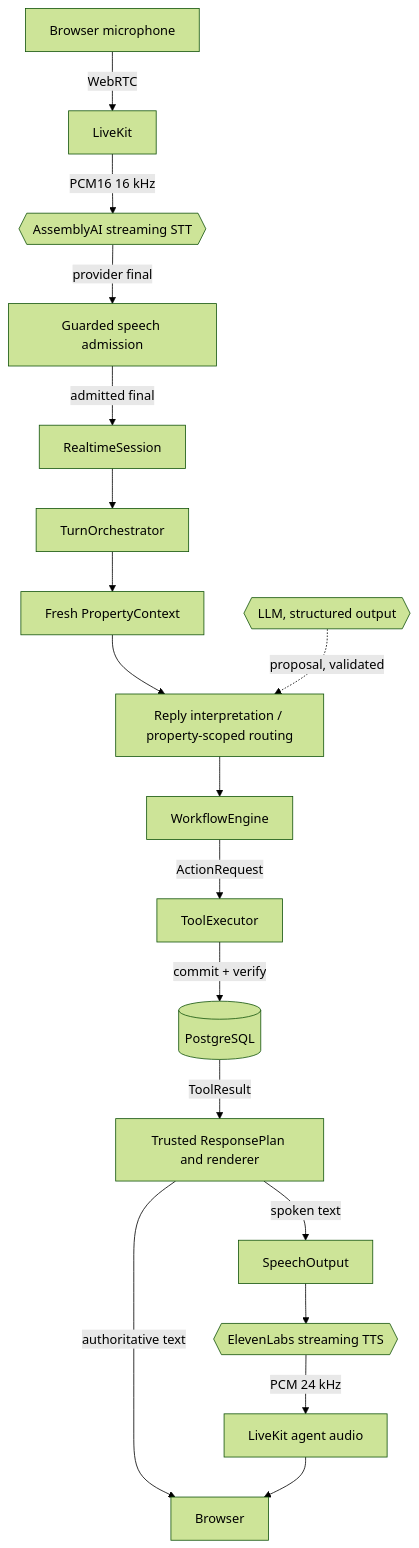
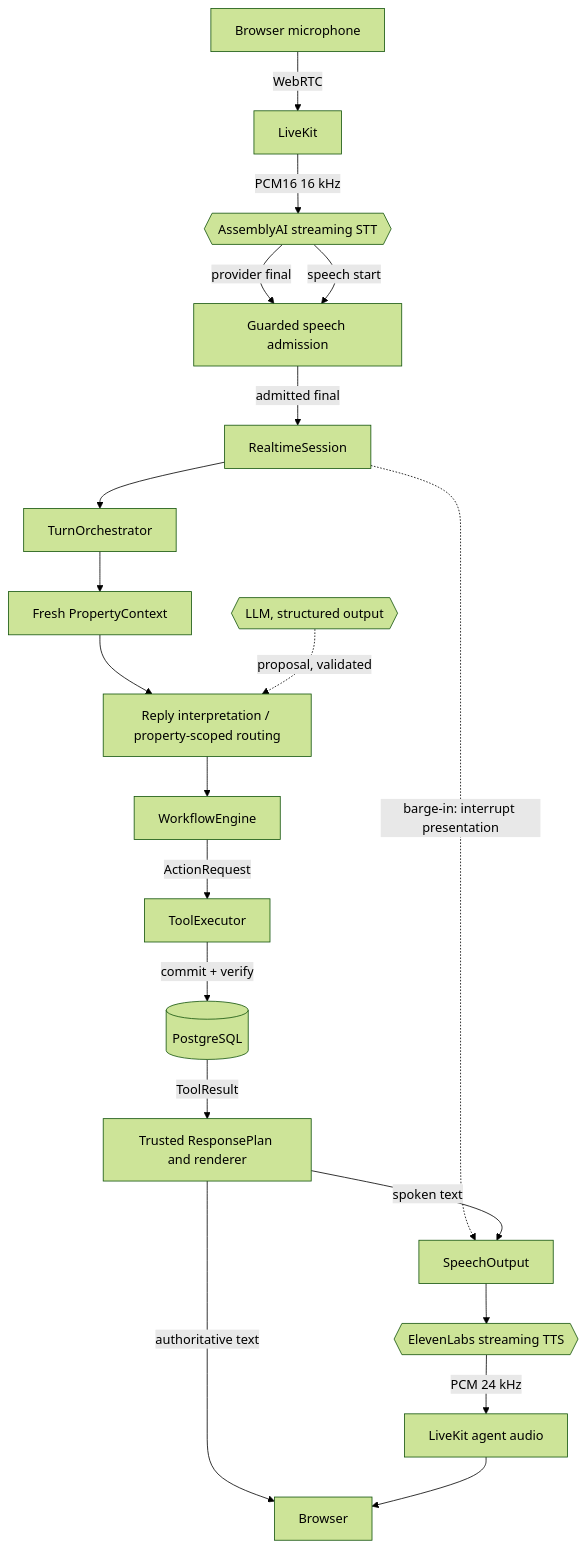
The diagram in README.md (ikramgafai/relay-property-voice-agent), drawn with Mermaid (forest theme) before and after one commit. The commit also changed other lines of this file and 13 other files, not shown here.

````diff
--- a/README.md
+++ b/README.md
@@ -25,20 +25,22 @@
 ```mermaid
 flowchart TD
     mic[Browser microphone] -->|WebRTC| lkin[LiveKit]
     lkin -->|PCM16 16 kHz| stt{{AssemblyAI streaming STT}}
     stt -->|provider final| adm[Guarded speech admission]
+    stt -->|speech start| adm
     adm -->|admitted final| rs[RealtimeSession]
+    rs -.->|barge-in: interrupt presentation| out
     rs --> orch[TurnOrchestrator]
     orch --> ctx[Fresh PropertyContext]
     ctx --> route[Reply interpretation / property-scoped routing]
     route --> wf[WorkflowEngine]
     wf -->|ActionRequest| tools[ToolExecutor]
     tools -->|commit + verify| db[(PostgreSQL)]
     db -->|ToolResult| plan[Trusted ResponsePlan and renderer]
     plan -->|authoritative text| browser[Browser]
     plan -->|spoken text| out[SpeechOutput]
     out --> tts{{ElevenLabs streaming TTS}}
     tts -->|PCM 24 kHz| lkout[LiveKit agent audio]
     lkout --> browser
     llm{{LLM, structured output}} -.->|proposal, validated| route
 ```
````
